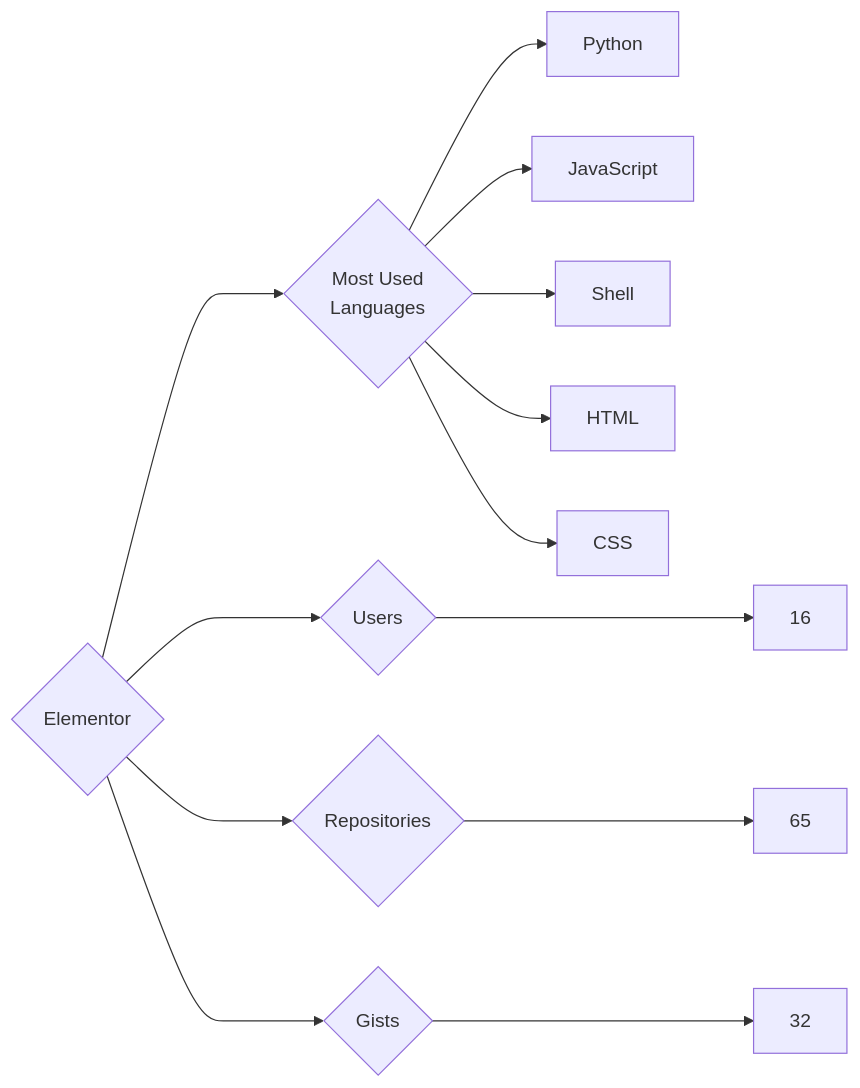
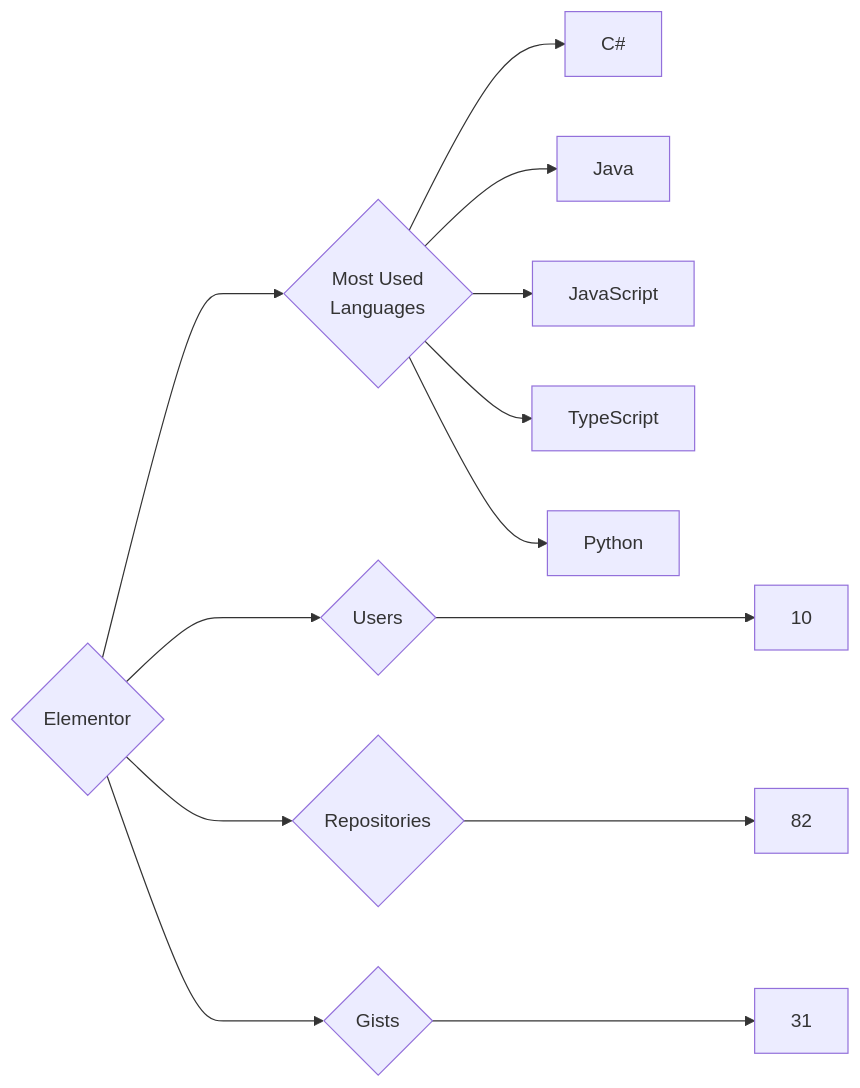
The diagram in targets/Elementor/README.md (trickest/insiders), drawn with Mermaid before and after one commit. The commit also changed 838 other files, not shown here.

````diff
--- a/targets/Elementor/README.md
+++ b/targets/Elementor/README.md
@@ -3,13 +3,13 @@
 ```mermaid
 graph LR
 COMPANY_NAME{Elementor}
-COMPANY_NAME ---> U{Users} ---> UN[16]
-COMPANY_NAME ---> R{Repositories} ---> RN[65]
-COMPANY_NAME ---> G{Gists} ---> GN[32]
+COMPANY_NAME ---> U{Users} ---> UN[10]
+COMPANY_NAME ---> R{Repositories} ---> RN[82]
+COMPANY_NAME ---> G{Gists} ---> GN[31]
 COMPANY_NAME ---> ML{Most Used<br>Languages}
+ML --> C#[C#]
+ML --> Java[Java]
+ML --> JavaScript[JavaScript]
+ML --> TypeScript[TypeScript]
 ML --> Python[Python]
-ML --> JavaScript[JavaScript]
-ML --> Shell[Shell]
-ML --> HTML[HTML]
-ML --> CSS[CSS]
 ```
````
